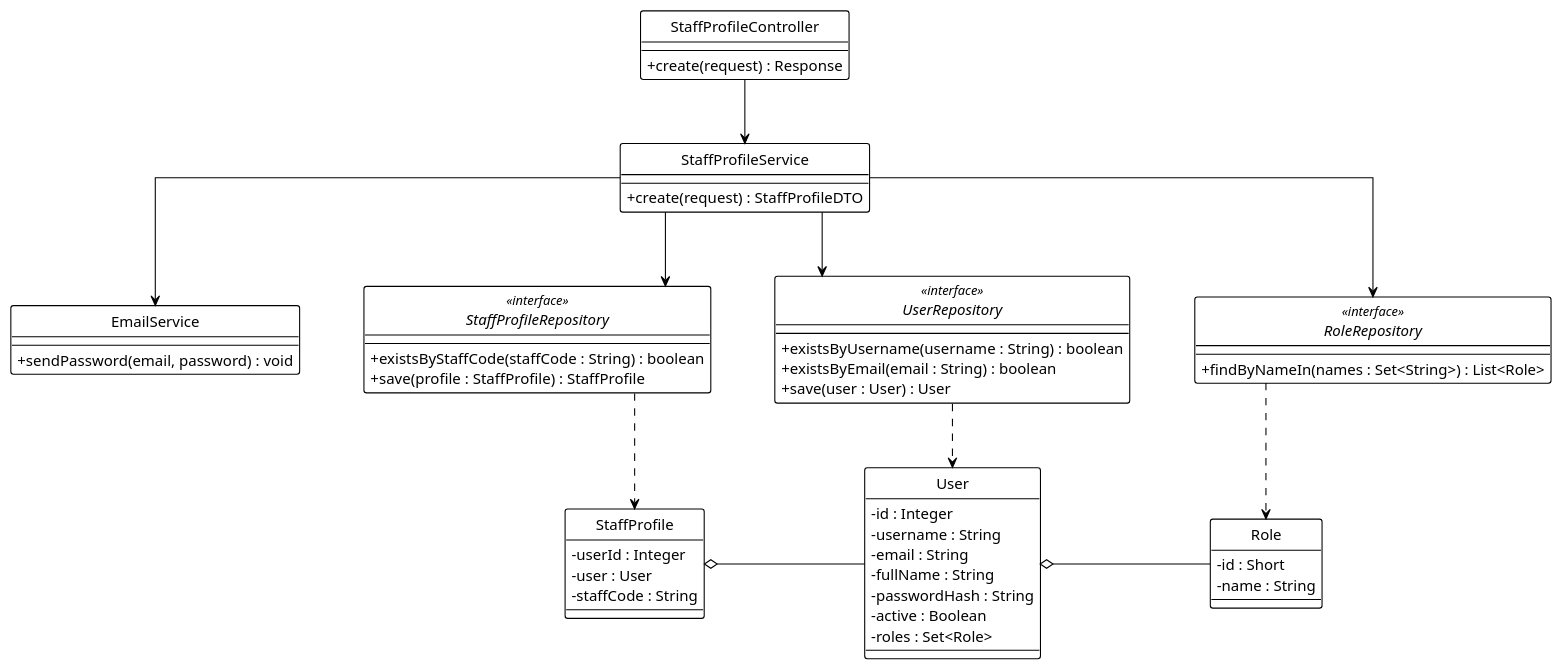
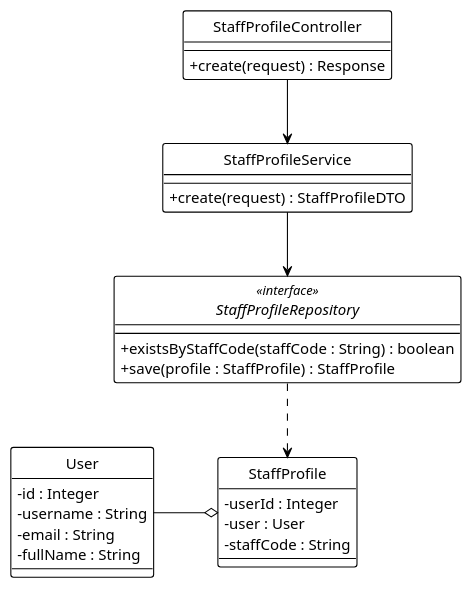
The diagram in system_detailed_design/51_create_staff/class_diagram_create_staff.puml (Ndh474/context), drawn with PlantUML before and after one commit. The commit also changed 8 other files, not shown here.

```diff
--- a/system_detailed_design/51_create_staff/class_diagram_create_staff.puml
+++ b/system_detailed_design/51_create_staff/class_diagram_create_staff.puml
@@ -1,79 +1,51 @@
 @startuml create_staff
 !theme plain
 hide circle
 skinparam classAttributeIconSize 0
 
 ' --- CẤU HÌNH "ORTHO" (BẮT BUỘC) ---
 skinparam linetype ortho
 skinparam nodesep 60
 skinparam ranksep 60
 
 ' --- CONTROLLER ---
 class StaffProfileController {
   + create(request) : Response
 }
 
 ' --- SERVICE ---
 class StaffProfileService {
   + create(request) : StaffProfileDTO
 }
 
-class EmailService {
-  + sendPassword(email, password) : void
-}
-
 ' --- REPOSITORY ---
 interface StaffProfileRepository <<interface>> {
   + existsByStaffCode(staffCode : String) : boolean
   + save(profile : StaffProfile) : StaffProfile
-}
-
-interface UserRepository <<interface>> {
-  + existsByUsername(username : String) : boolean
-  + existsByEmail(email : String) : boolean
-  + save(user : User) : User
-}
-
-interface RoleRepository <<interface>> {
-  + findByNameIn(names : Set<String>) : List<Role>
 }
 
 ' --- ENTITIES ---
 class StaffProfile {
   - userId : Integer
   - user : User
   - staffCode : String
 }
 
 class User {
   - id : Integer
   - username : String
   - email : String
   - fullName : String
-  - passwordHash : String
-  - active : Boolean
-  - roles : Set<Role>
-}
-
-class Role {
-  - id : Short
-  - name : String
 }
 
 ' --- DEPENDENCY INJECTION (Association) ---
 StaffProfileController -down-> StaffProfileService
 StaffProfileService -down-> StaffProfileRepository
-StaffProfileService -down-> UserRepository
-StaffProfileService -down-> RoleRepository
-StaffProfileService -down-> EmailService
 
 ' --- REPOSITORY USAGE (Dependency) ---
 StaffProfileRepository .down.> StaffProfile
-UserRepository .down.> User
-RoleRepository .down.> Role
 
 ' --- ENTITY RELATIONSHIPS (Aggregation) ---
-StaffProfile o-right- User
-User o-right- Role
+StaffProfile o-left- User
 
 @enduml
```
